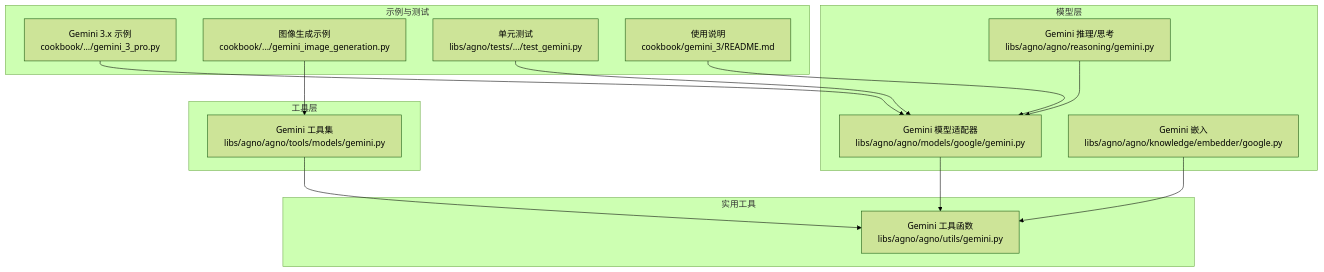
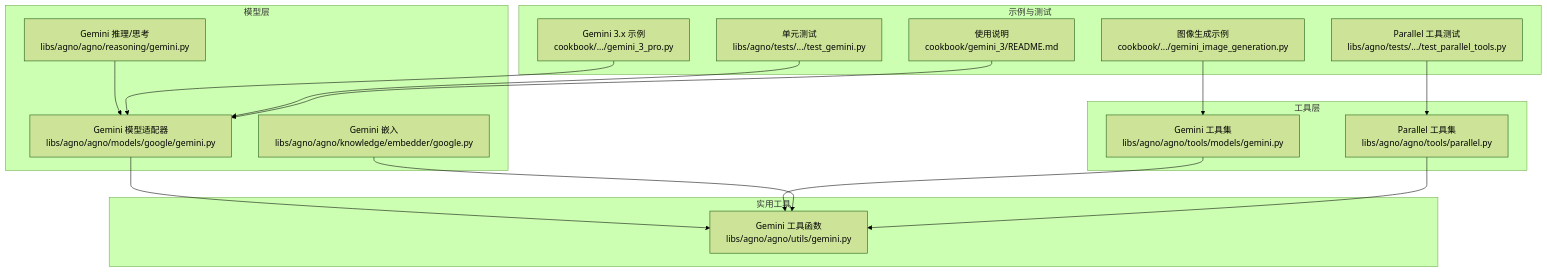
Before and after one commit to defulat-coder/agno-learn: the first of 9 diagrams in .qoder/repowiki/zh/content/模型适配器/Google 模型.md, drawn with Mermaid (forest theme). The commit also changed other lines of this file and 1683 other files, not shown here.

````diff
--- a/.qoder/repowiki/zh/content/模型适配器/Google 模型.md
+++ b/.qoder/repowiki/zh/content/模型适配器/Google 模型.md
@@ -40,28 +52,32 @@
 ```mermaid
 graph TB
 subgraph "模型层"
 M_Gemini["Gemini 模型适配器<br/>libs/agno/agno/models/google/gemini.py"]
 M_Embedder["Gemini 嵌入<br/>libs/agno/agno/knowledge/embedder/google.py"]
 M_Reasoning["Gemini 推理/思考<br/>libs/agno/agno/reasoning/gemini.py"]
 end
 subgraph "工具层"
 T_GeminiTools["Gemini 工具集<br/>libs/agno/agno/tools/models/gemini.py"]
+T_ParallelTools["Parallel 工具集<br/>libs/agno/agno/tools/parallel.py"]
 end
 subgraph "实用工具"
 U_GeminiUtils["Gemini 工具函数<br/>libs/agno/agno/utils/gemini.py"]
 end
 subgraph "示例与测试"
 C_Example["Gemini 3.x 示例<br/>cookbook/.../gemini_3_pro.py"]
 C_ImageGen["图像生成示例<br/>cookbook/.../gemini_image_generation.py"]
 T_Unit["单元测试<br/>libs/agno/tests/.../test_gemini.py"]
+T_ParallelUnit["Parallel 工具测试<br/>libs/agno/tests/.../test_parallel_tools.py"]
 Docs_Readme["使用说明<br/>cookbook/gemini_3/README.md"]
 end
 M_Gemini --> U_GeminiUtils
 T_GeminiTools --> U_GeminiUtils
 M_Embedder --> U_GeminiUtils
 M_Reasoning --> M_Gemini
+T_ParallelTools --> U_GeminiUtils
 C_Example --> M_Gemini
 C_ImageGen --> T_GeminiTools
 T_Unit --> M_Gemini
+T_ParallelUnit --> T_ParallelTools
 Docs_Readme --> M_Gemini
 ```
````
